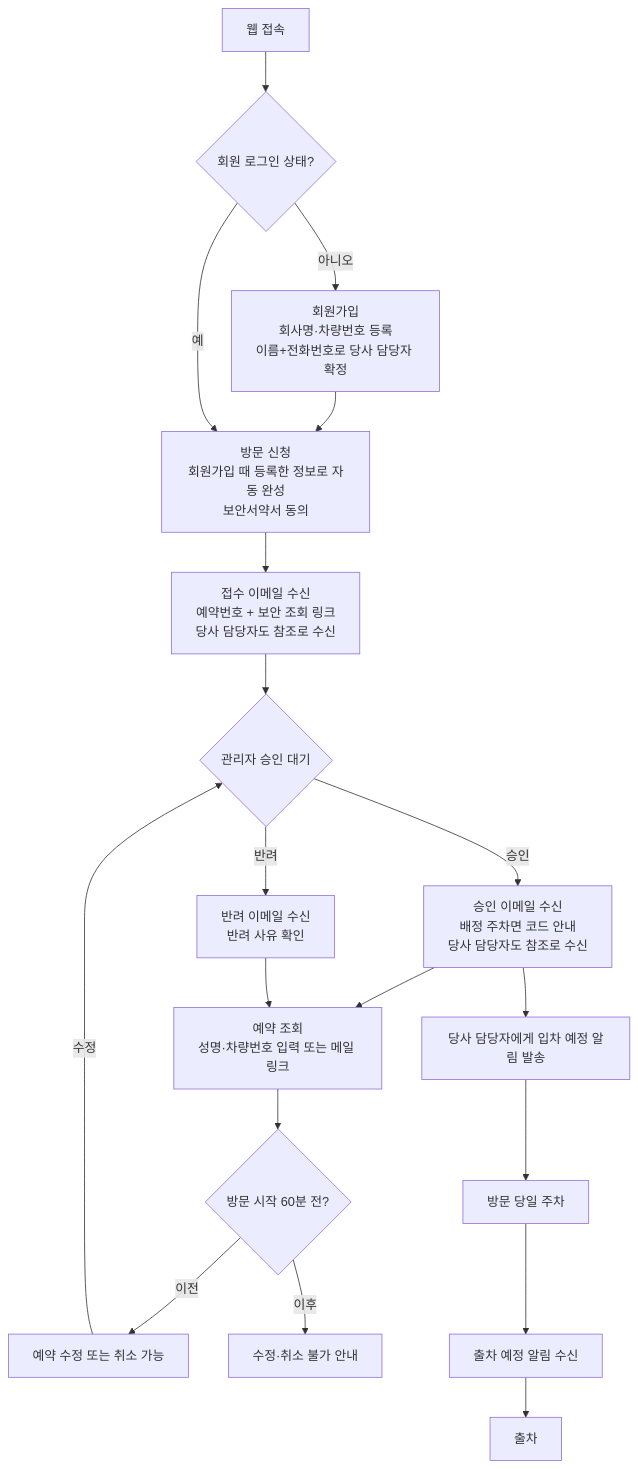
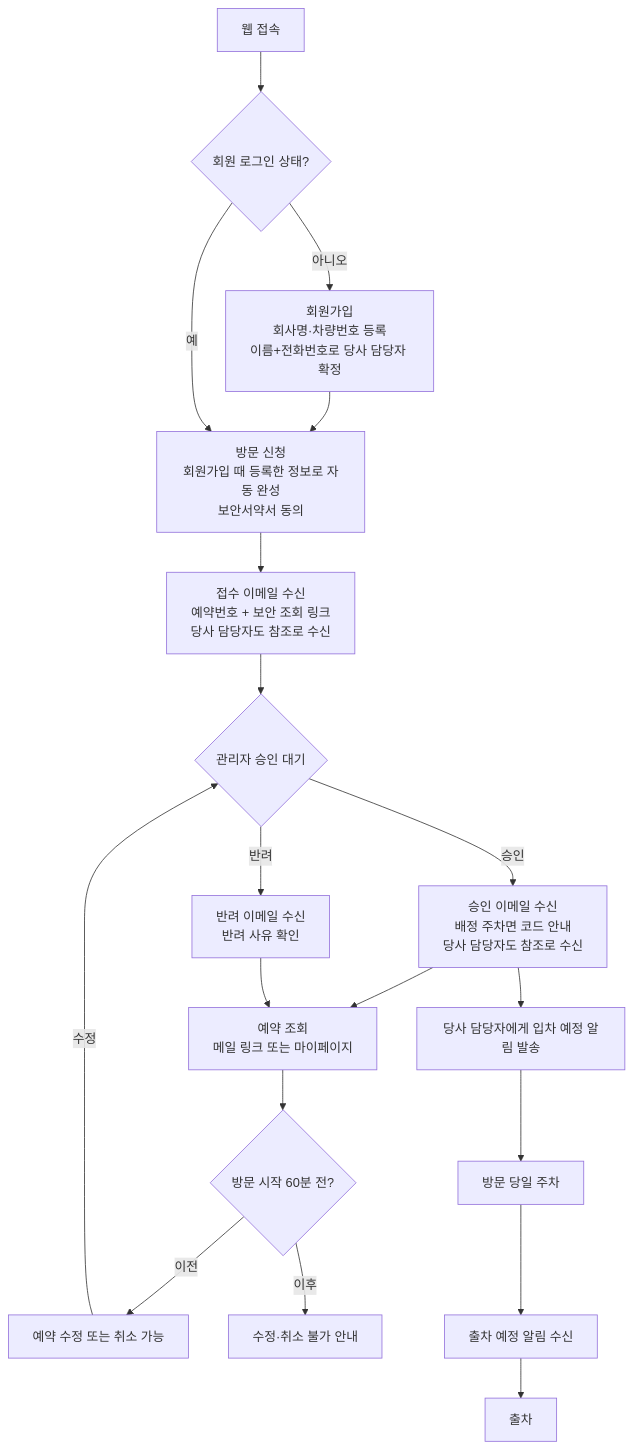
Before and after one commit to leejyeone/ParkingSystem: the first of 6 diagrams in README.md, drawn with Mermaid. The commit also changed other lines of this file and 8 other files, not shown here.

````diff
--- a/README.md
+++ b/README.md
@@ -300,21 +300,21 @@
 ```mermaid
 flowchart TD
     A[웹 접속] --> Z{회원 로그인 상태?}
     Z -->|아니오| Z1[회원가입<br/>회사명·차량번호 등록<br/>이름+전화번호로 당사 담당자 확정]
     Z1 --> B
     Z -->|예| B[방문 신청<br/>회원가입 때 등록한 정보로 자동 완성<br/>보안서약서 동의]
     B --> C[접수 이메일 수신<br/>예약번호 + 보안 조회 링크<br/>당사 담당자도 참조로 수신]
     C --> D{관리자 승인 대기}
     D -->|승인| E[승인 이메일 수신<br/>배정 주차면 코드 안내<br/>당사 담당자도 참조로 수신]
     D -->|반려| F[반려 이메일 수신<br/>반려 사유 확인]
-    E --> G[예약 조회<br/>성명·차량번호 입력 또는 메일 링크]
+    E --> G[예약 조회<br/>메일 링크 또는 마이페이지]
     F --> G
     G --> H{방문 시작 60분 전?}
     H -->|이전| I[예약 수정 또는 취소 가능]
     H -->|이후| J[수정·취소 불가 안내]
     I -->|수정| D
     E --> K[당사 담당자에게 입차 예정 알림 발송]
     K --> L[방문 당일 주차]
     L --> M[출차 예정 알림 수신]
     M --> N[출차]
 ```
````
